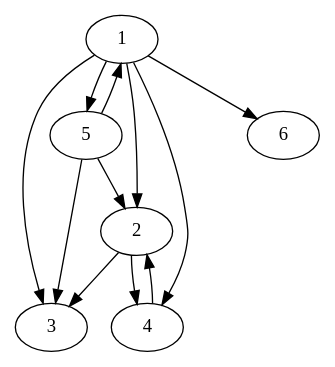
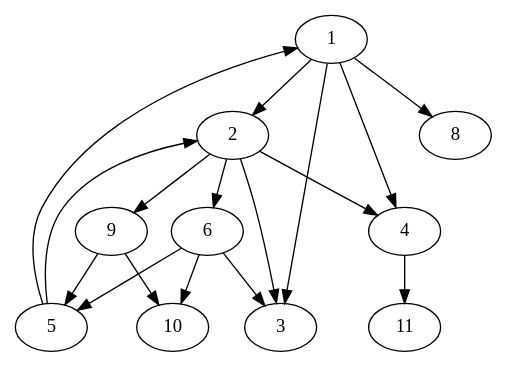
Before and after one commit to hoanghailongvn/HUST_OOP: the diagram in out/production/untitled/output/dot/all.dot, drawn with Graphviz. The commit also changed 51 other files, not shown here.

```diff
--- a/out/production/untitled/output/dot/all.dot
+++ b/out/production/untitled/output/dot/all.dot
@@ -1,14 +1,22 @@
 strict digraph myGraph {
 1 -> 2
 1 -> 3
 2 -> 3
 2 -> 4
-5 -> 3
+5 -> 1
 5 -> 2
-1 -> 6
-1 -> 5
+6 -> 3
+6 -> 5
 1 -> 4
+1 -> 8
 1 -> 2
-4 -> 2
-5 -> 1
+1 -> 2
+1 -> 2
+9 -> 10
+6 -> 10
+9 -> 5
+4 -> 11
+2 -> 9
+2 -> 4
+2 -> 6
 }
```
